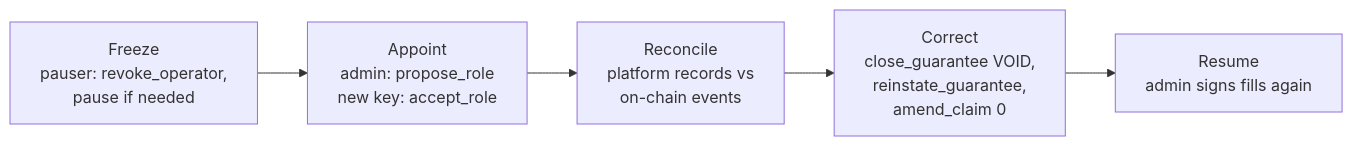
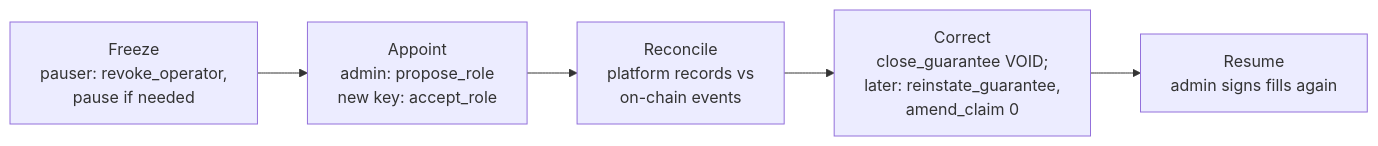
Before and after one commit to mutav-finance/mutav-protocol-solana: the second of 2 diagrams in docs/technical-resources/deployment-and-operations.md, drawn with Mermaid. The commit also changed other lines of this file and 6 other files, not shown here.

````diff
--- a/docs/technical-resources/deployment-and-operations.md
+++ b/docs/technical-resources/deployment-and-operations.md
@@ -157,7 +158,7 @@
 ```mermaid
 flowchart LR
   F[Freeze<br/>pauser: revoke_operator,<br/>pause if needed] --> A[Appoint<br/>admin: propose_role<br/>new key: accept_role]
   A --> R[Reconcile<br/>platform records vs<br/>on-chain events]
-  R --> C[Correct<br/>close_guarantee VOID,<br/>reinstate_guarantee,<br/>amend_claim 0]
+  R --> C[Correct<br/>close_guarantee VOID;<br/>later: reinstate_guarantee,<br/>amend_claim 0]
   C --> L[Resume<br/>admin signs fills again]
 ```
````
